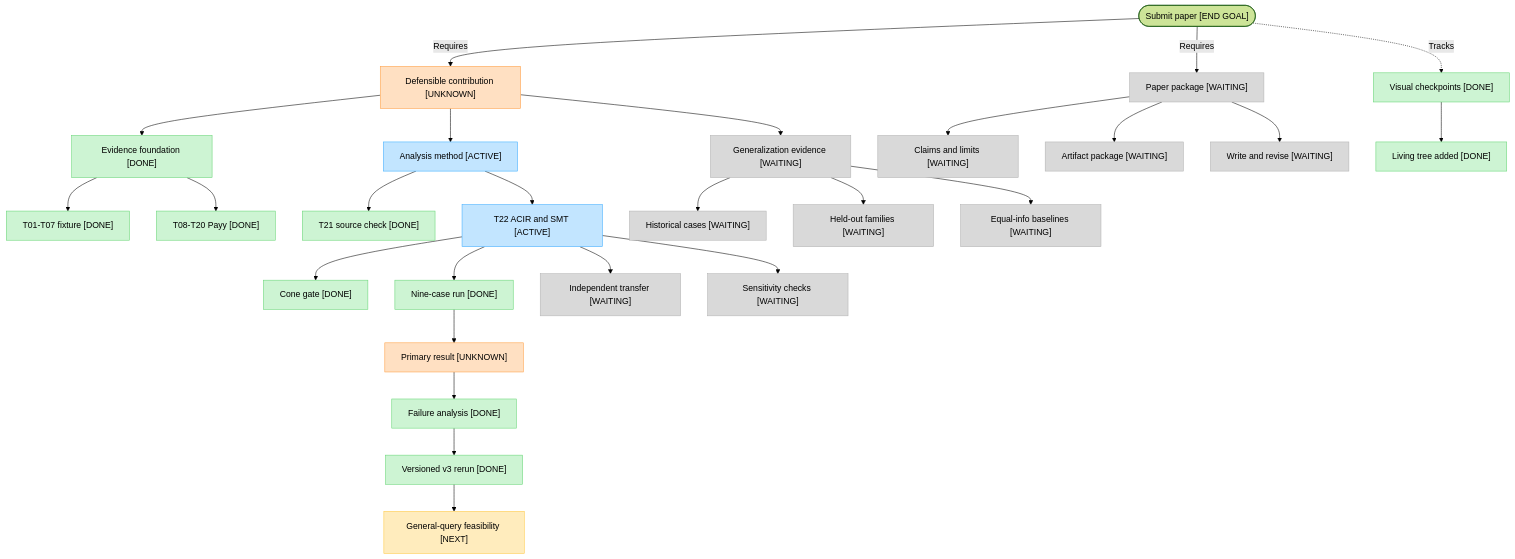
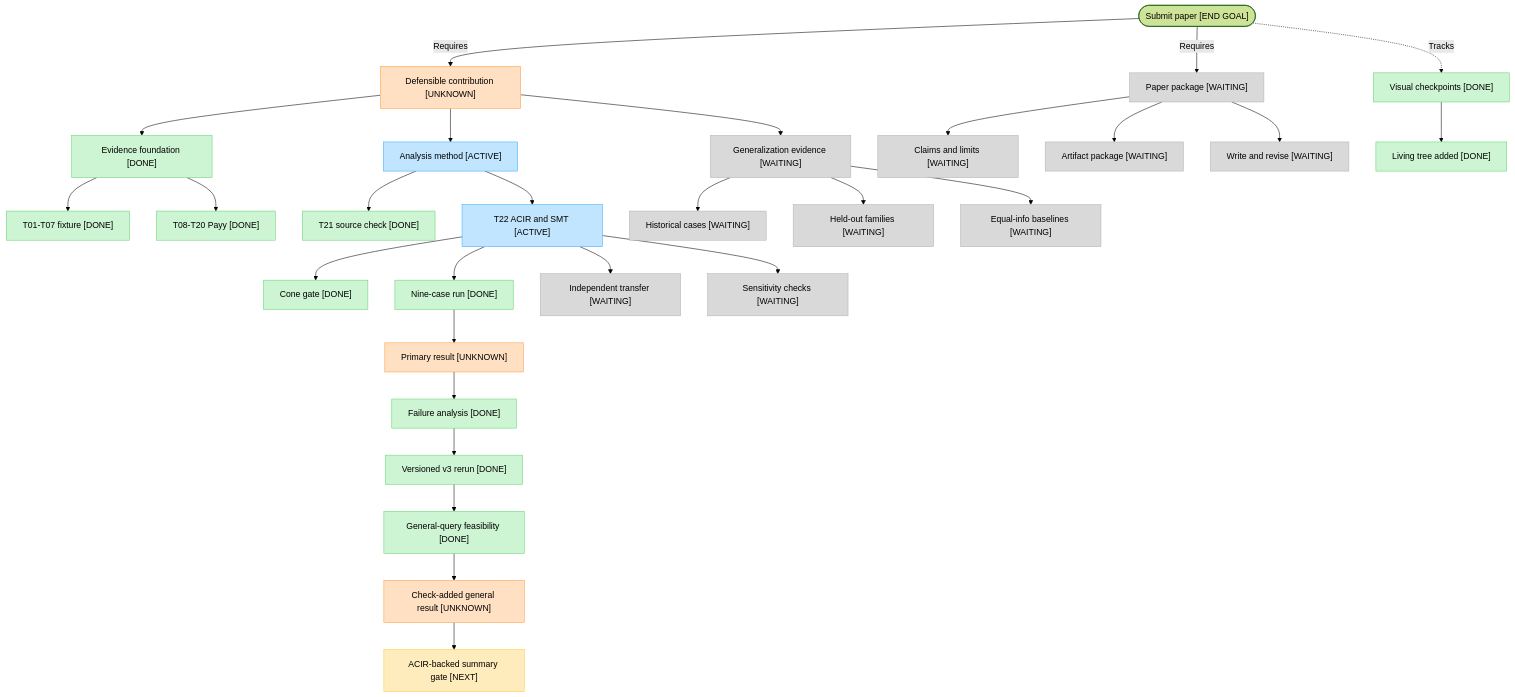
Before and after one commit to imranpollob/BindCheck: the diagram in docs/project-status.md, drawn with Mermaid (forest theme). The commit also changed other lines of this file and 11 other files, not shown here.

First line of the commit message:
Implement T22-v4 protocol and associated scripts for check-added agg_agg general-query feasibility

````diff
--- a/docs/project-status.md
+++ b/docs/project-status.md
@@ -16,48 +16,50 @@
 ```mermaid
 flowchart TD
     submit(["Submit paper [END GOAL]"])
     contribution["Defensible contribution [UNKNOWN]"]
     submit -->|"Requires"| contribution
     submit -->|"Requires"| manuscript["Paper package [WAITING]"]
     submit -.->|"Tracks"| tracking["Visual checkpoints [DONE]"]
 
     contribution --> foundation["Evidence foundation [DONE]"]
     contribution --> analysis["Analysis method [ACTIVE]"]
     contribution --> evaluation["Generalization evidence [WAITING]"]
 
     foundation --> fixture["T01-T07 fixture [DONE]"]
     foundation --> payy["T08-T20 Payy [DONE]"]
 
     analysis --> sourceCheck["T21 source check [DONE]"]
     analysis --> t22["T22 ACIR and SMT [ACTIVE]"]
     t22 --> coneGate["Cone gate [DONE]"]
     t22 --> nineCases["Nine-case run [DONE]"]
     nineCases --> primaryResult["Primary result [UNKNOWN]"]
     primaryResult --> failureAnalysis["Failure analysis [DONE]"]
     failureAnalysis --> v3Rerun["Versioned v3 rerun [DONE]"]
-    v3Rerun --> generalGate["General-query feasibility [NEXT]"]
+    v3Rerun --> generalGate["General-query feasibility [DONE]"]
+    generalGate --> generalResult["Check-added general result [UNKNOWN]"]
+    generalResult --> acirSummary["ACIR-backed summary gate [NEXT]"]
     t22 --> transferCase["Independent transfer [WAITING]"]
     t22 --> sensitivity["Sensitivity checks [WAITING]"]
 
     evaluation --> history["Historical cases [WAITING]"]
     evaluation --> heldOut["Held-out families [WAITING]"]
     evaluation --> baselines["Equal-info baselines [WAITING]"]
 
     manuscript --> claims["Claims and limits [WAITING]"]
     manuscript --> artifacts["Artifact package [WAITING]"]
     manuscript --> draft["Write and revise [WAITING]"]
 
     tracking --> livingTree["Living tree added [DONE]"]
 
     classDef done fill:#CDF4D3,stroke:#66D575
     classDef active fill:#C2E5FF,stroke:#3DADFF
     classDef next fill:#FFECBD,stroke:#FFC943
     classDef waiting fill:#D9D9D9,stroke:#B3B3B3
     classDef unknown fill:#FFE0C2,stroke:#FF9E42
 
-    class foundation,fixture,payy,sourceCheck,coneGate,nineCases,failureAnalysis,v3Rerun,tracking,livingTree done
+    class foundation,fixture,payy,sourceCheck,coneGate,nineCases,failureAnalysis,v3Rerun,generalGate,tracking,livingTree done
     class analysis,t22 active
-    class generalGate next
+    class acirSummary next
     class evaluation,history,heldOut,baselines,manuscript,claims,artifacts,draft,transferCase,sensitivity waiting
-    class contribution,primaryResult unknown
+    class contribution,primaryResult,generalResult unknown
 ```
````
